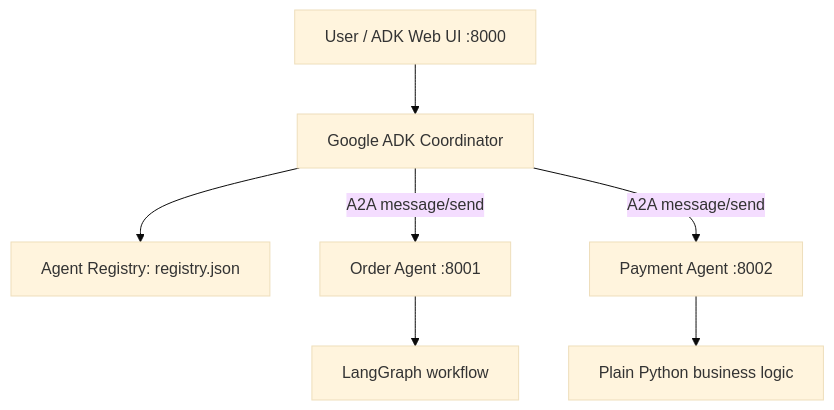
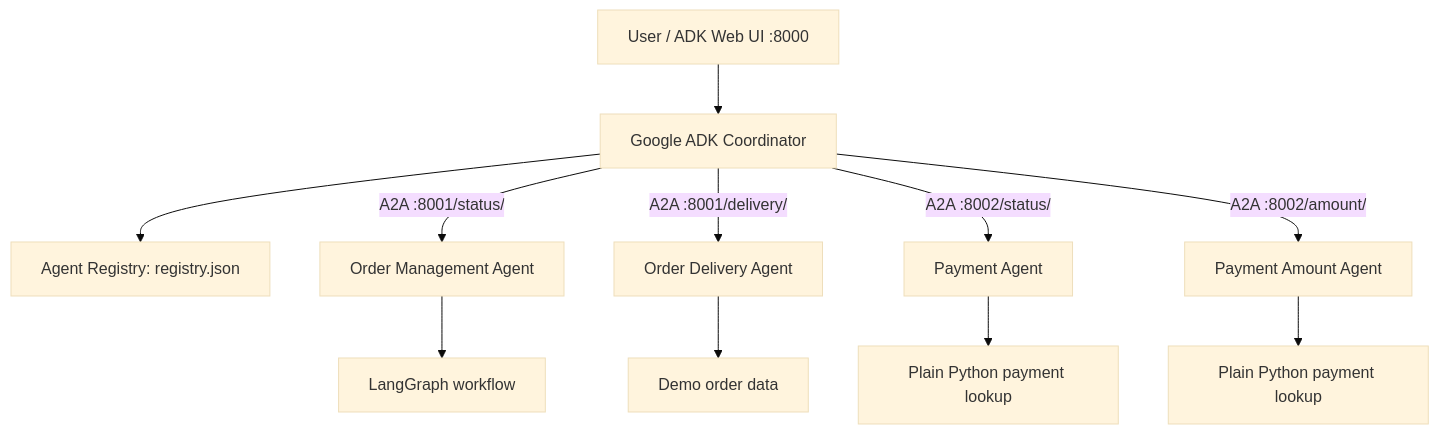
Before and after one commit to veerababu289/Basic_A2A_Protocol_Setup: the diagram in README.md, drawn with Mermaid (base theme). The commit also changed other lines of this file and 10 other files, not shown here.

````diff
--- a/README.md
+++ b/README.md
@@ -17,9 +17,13 @@
 ```mermaid
 flowchart TD
     U[User / ADK Web UI :8000] --> C[Google ADK Coordinator]
     C --> R[Agent Registry: registry.json]
-    C -->|A2A message/send| O[Order Agent :8001]
-    C -->|A2A message/send| P[Payment Agent :8002]
+    C -->|A2A :8001/status/| O[Order Management Agent]
+    C -->|A2A :8001/delivery/| D[Order Delivery Agent]
+    C -->|A2A :8002/status/| P[Payment Agent]
+    C -->|A2A :8002/amount/| A[Payment Amount Agent]
     O --> LG[LangGraph workflow]
-    P --> PY[Plain Python business logic]
+    D --> DB1[Demo order data]
+    P --> PY1[Plain Python payment lookup]
+    A --> PY2[Plain Python payment lookup]
 ```
````
